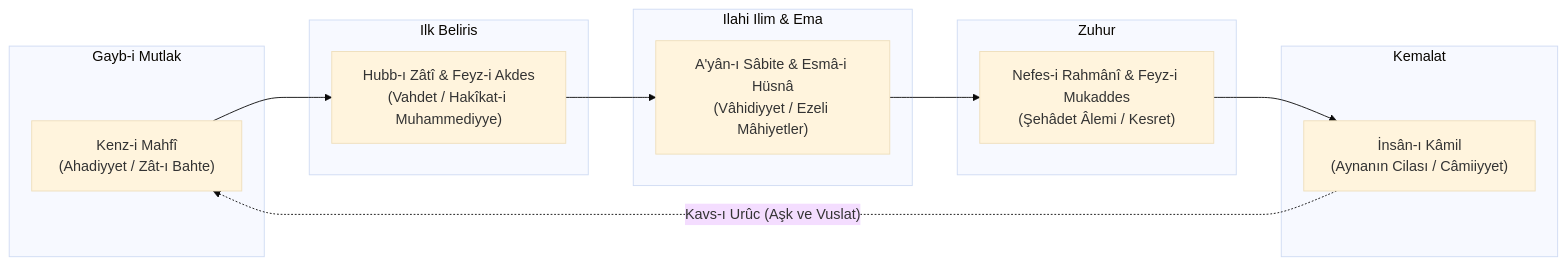
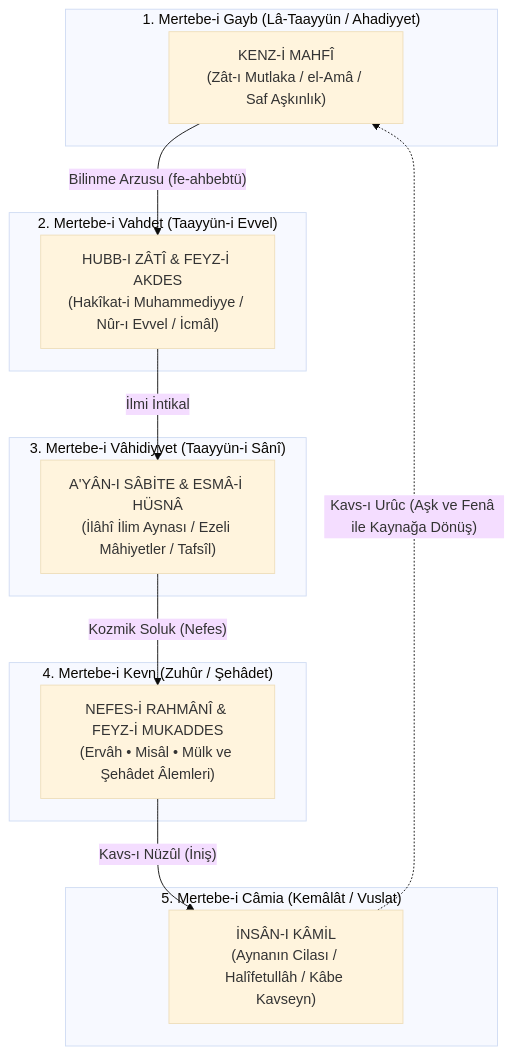
The diagram in README.md (arch-yunus/kenz-i-mahfi), drawn with Mermaid (base theme) before and after one commit. The commit also changed other lines of this file, not shown here.

Commit message:
docs: Kenz-i Mahfî README'sini yeni düşünürler (Hallac, Sühreverdi, Molla Sadra, Cili), Batı mistisizmi, kuantum fiziği paralellikleri ve zengin alıntılarla genişlet

````diff
--- a/README.md
+++ b/README.md
@@ -55,21 +80,28 @@
 ```mermaid
-flowchart LR
-    subgraph Gayb-i Mutlak
-        K["Kenz-i Mahfî<br/>(Ahadiyyet / Zât-ı Bahte)"]
-    end
-    subgraph Ilk Beliris
-        T1["Hubb-ı Zâtî & Feyz-i Akdes<br/>(Vahdet / Hakîkat-i Muhammediyye)"]
-    end
-    subgraph Ilahi Ilim & Ema
-        T2["A'yân-ı Sâbite & Esmâ-i Hüsnâ<br/>(Vâhidiyyet / Ezeli Mâhiyetler)"]
-    end
-    subgraph Zuhur
-        NR["Nefes-i Rahmânî & Feyz-i Mukaddes<br/>(Şehâdet Âlemi / Kesret)"]
-    end
-    subgraph Kemalat
-        IK["İnsân-ı Kâmil<br/>(Aynanın Cilası / Câmiiyyet)"]
+flowchart TD
+    subgraph Mertebe_1["1. Mertebe-i Gayb (Lâ-Taayyün / Ahadiyyet)"]
+        A["KENZ-İ MAHFÎ<br/>(Zât-ı Mutlaka / el-Amâ / Saf Aşkınlık)"]
     end
 
-    K --> T1 --> T2 --> NR --> IK
-    IK -.->|"Kavs-ı Urûc (Aşk ve Vuslat)"| K
+    subgraph Mertebe_2["2. Mertebe-i Vahdet (Taayyün-i Evvel)"]
+        B["HUBB-I ZÂTÎ & FEYZ-İ AKDES<br/>(Hakîkat-i Muhammediyye / Nûr-ı Evvel / İcmâl)"]
+    end
+
+    subgraph Mertebe_3["3. Mertebe-i Vâhidiyyet (Taayyün-i Sânî)"]
+        C["A'YÂN-I SÂBİTE & ESMÂ-İ HÜSNÂ<br/>(İlâhî İlim Aynası / Ezeli Mâhiyetler / Tafsîl)"]
+    end
+
+    subgraph Mertebe_4["4. Mertebe-i Kevn (Zuhûr / Şehâdet)"]
+        D["NEFES-İ RAHMÂNÎ & FEYZ-İ MUKADDES<br/>(Ervâh • Misâl • Mülk ve Şehâdet Âlemleri)"]
+    end
+
+    subgraph Mertebe_5["5. Mertebe-i Câmia (Kemâlât / Vuslat)"]
+        E["İNSÂN-I KÂMİL<br/>(Aynanın Cilası / Halîfetullâh / Kâbe Kavseyn)"]
+    end
+
+    A -->|"Bilinme Arzusu (fe-ahbebtü)"| B
+    B -->|"İlmi İntikal"| C
+    C -->|"Kozmik Soluk (Nefes)"| D
+    D -->|"Kavs-ı Nüzûl (İniş)"| E
+    E -.->|"Kavs-ı Urûc (Aşk ve Fenâ ile Kaynağa Dönüş)"| A
 ```
````
